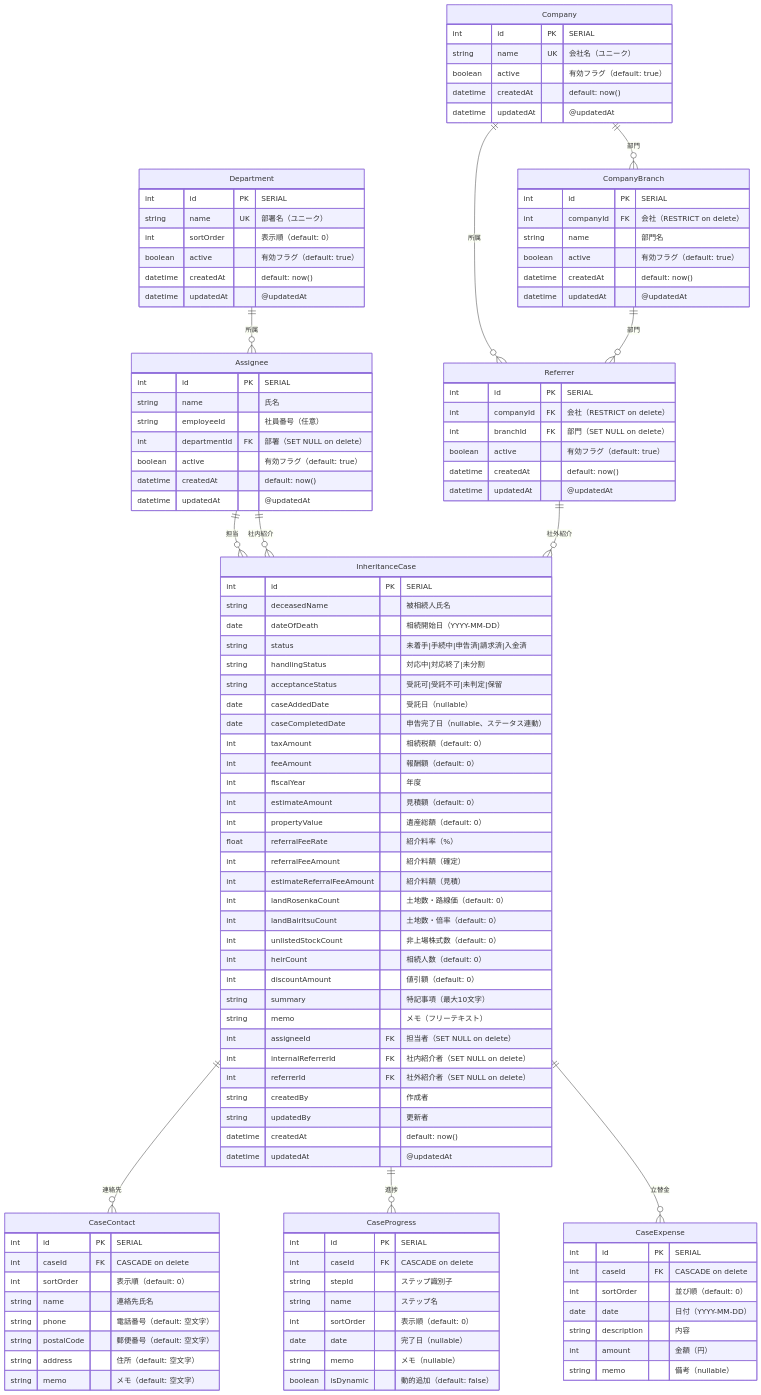
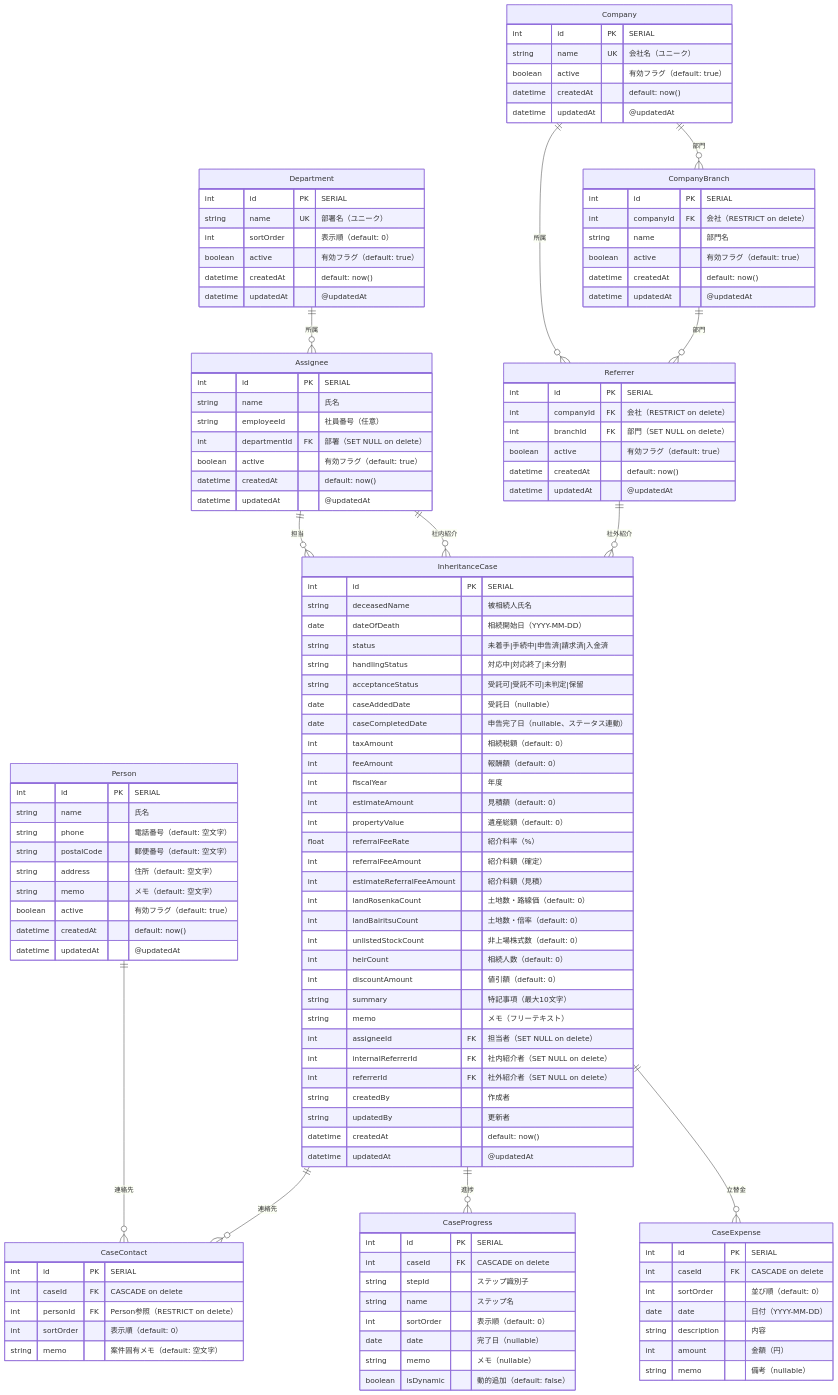
The diagram in apps/inheritance-case-management/README.md (kojima1978/tax_apps), drawn with Mermaid before and after one commit. The commit also changed other lines of this file, not shown here.

```diff
--- a/apps/inheritance-case-management/README.md
+++ b/apps/inheritance-case-management/README.md
@@ -491,6 +504,7 @@
     Assignee ||--o{ InheritanceCase : "担当"
     Assignee ||--o{ InheritanceCase : "社内紹介"
     Referrer ||--o{ InheritanceCase : "社外紹介"
+    Person ||--o{ CaseContact : "連絡先"
     InheritanceCase ||--o{ CaseContact : "連絡先"
     InheritanceCase ||--o{ CaseProgress : "進捗"
     InheritanceCase ||--o{ CaseExpense : "立替金"
@@ -540,6 +554,18 @@
         datetime updatedAt "@updatedAt"
     }
 
+    Person {
+        int id PK "SERIAL"
+        string name "氏名"
+        string phone "電話番号（default: 空文字）"
+        string postalCode "郵便番号（default: 空文字）"
+        string address "住所（default: 空文字）"
+        string memo "メモ（default: 空文字）"
+        boolean active "有効フラグ（default: true）"
+        datetime createdAt "default: now()"
+        datetime updatedAt "@updatedAt"
+    }
+
     InheritanceCase {
         int id PK "SERIAL"
         string deceasedName "被相続人氏名"
@@ -576,12 +602,9 @@
     CaseContact {
         int id PK "SERIAL"
         int caseId FK "CASCADE on delete"
+        int personId FK "Person参照（RESTRICT on delete）"
         int sortOrder "表示順（default: 0）"
-        string name "連絡先氏名"
-        string phone "電話番号（default: 空文字）"
-        string postalCode "郵便番号（default: 空文字）"
-        string address "住所（default: 空文字）"
-        string memo "メモ（default: 空文字）"
+        string memo "案件固有メモ（default: 空文字）"
     }
 
     CaseProgress {
```
